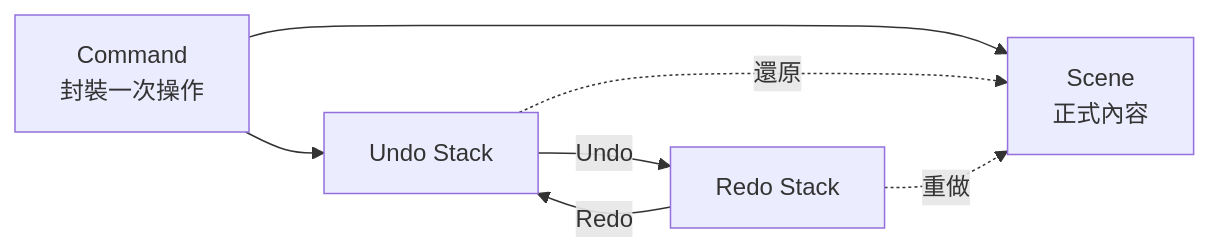
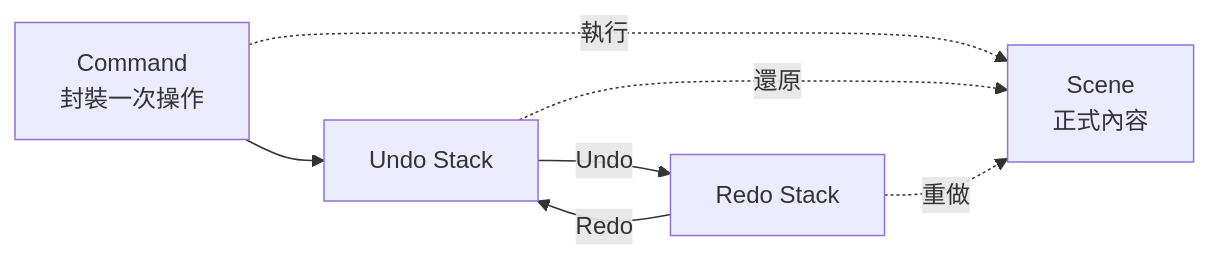
The diagram in docs/figures-src/ch03_command-history.mmd (YuanOwO/CG-hw1-paint), drawn with Mermaid before and after one commit. The commit also changed 16 other files, not shown here.

```diff
--- a/docs/figures-src/ch03_command-history.mmd
+++ b/docs/figures-src/ch03_command-history.mmd
@@ -1,7 +1,7 @@
 flowchart LR
-    command[Command<br/>封裝一次操作] --> scene[Scene<br/>正式內容]
+    command[Command<br/>封裝一次操作] -. 執行 .-> scene[Scene<br/>正式內容]
     command --> undo[Undo Stack]
     undo -->|Undo| redo[Redo Stack]
     redo -->|Redo| undo
     undo -. 還原 .-> scene
     redo -. 重做 .-> scene
```
